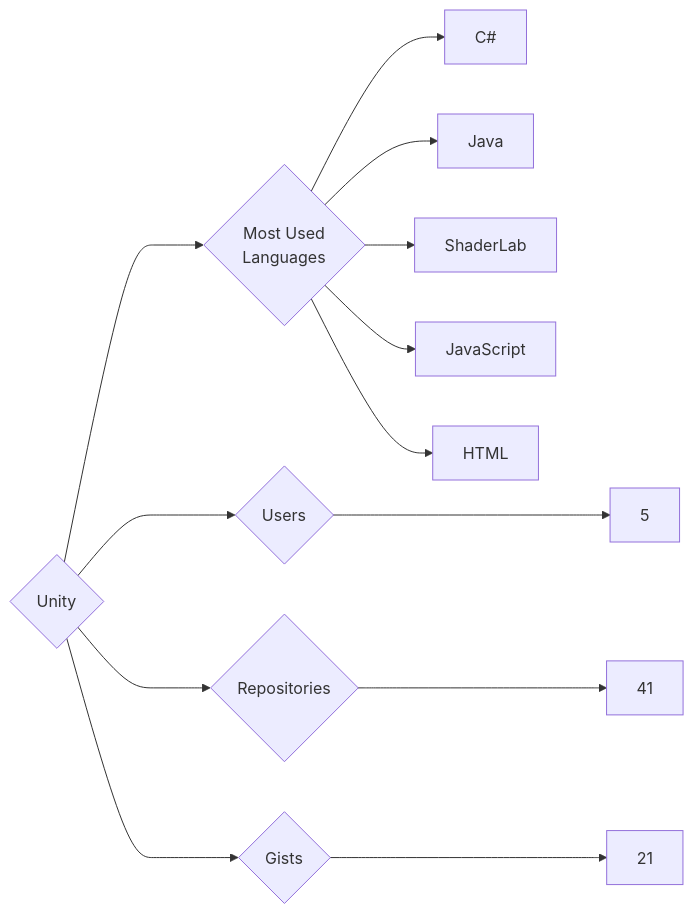
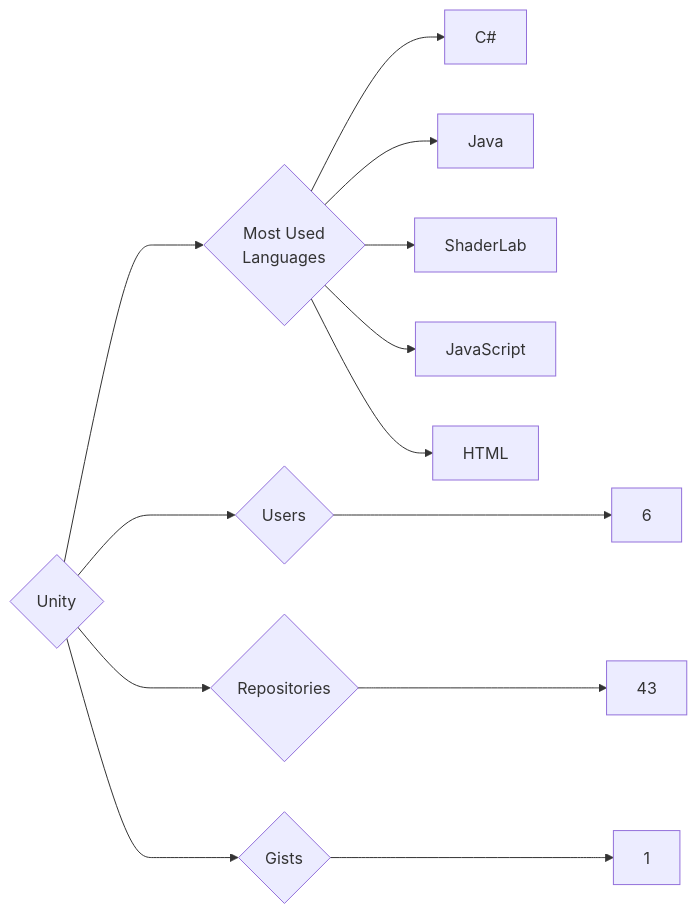
The diagram in targets/Unity/README.md (trickest/insiders), drawn with Mermaid before and after one commit. The commit also changed 895 other files, not shown here.

````diff
--- a/targets/Unity/README.md
+++ b/targets/Unity/README.md
@@ -3,13 +3,13 @@
 ```mermaid
 graph LR
 COMPANY_NAME{Unity}
-COMPANY_NAME ---> U{Users} ---> UN[5]
-COMPANY_NAME ---> R{Repositories} ---> RN[41]
-COMPANY_NAME ---> G{Gists} ---> GN[21]
+COMPANY_NAME ---> U{Users} ---> UN[6]
+COMPANY_NAME ---> R{Repositories} ---> RN[43]
+COMPANY_NAME ---> G{Gists} ---> GN[1]
 COMPANY_NAME ---> ML{Most Used<br>Languages}
 ML --> C#[C#]
 ML --> Java[Java]
 ML --> ShaderLab[ShaderLab]
 ML --> JavaScript[JavaScript]
 ML --> HTML[HTML]
 ```
````
